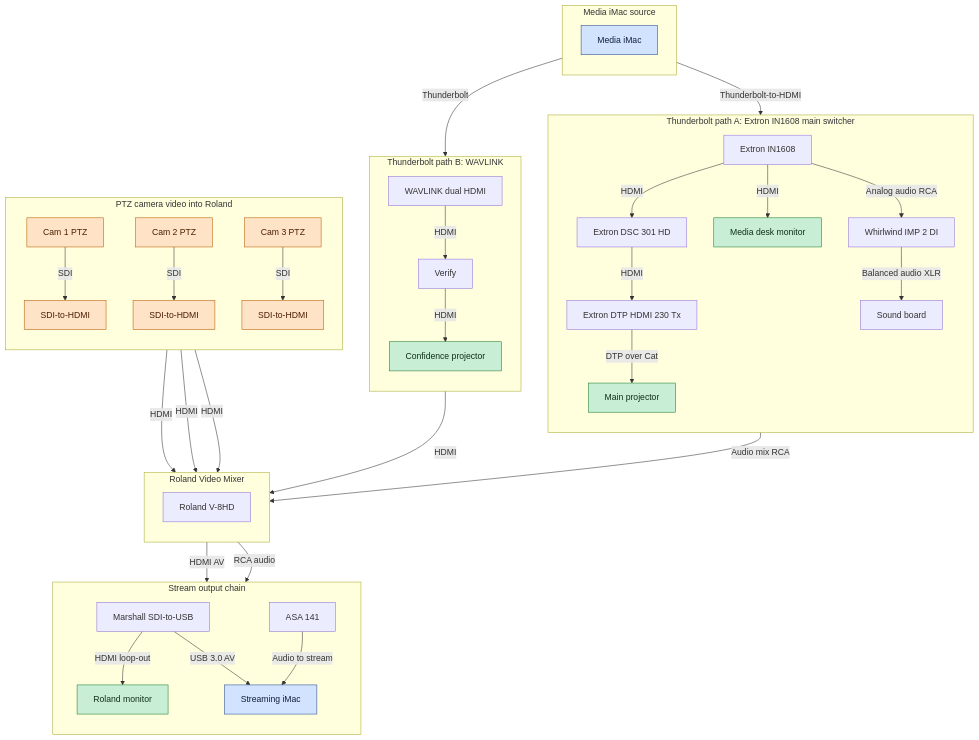
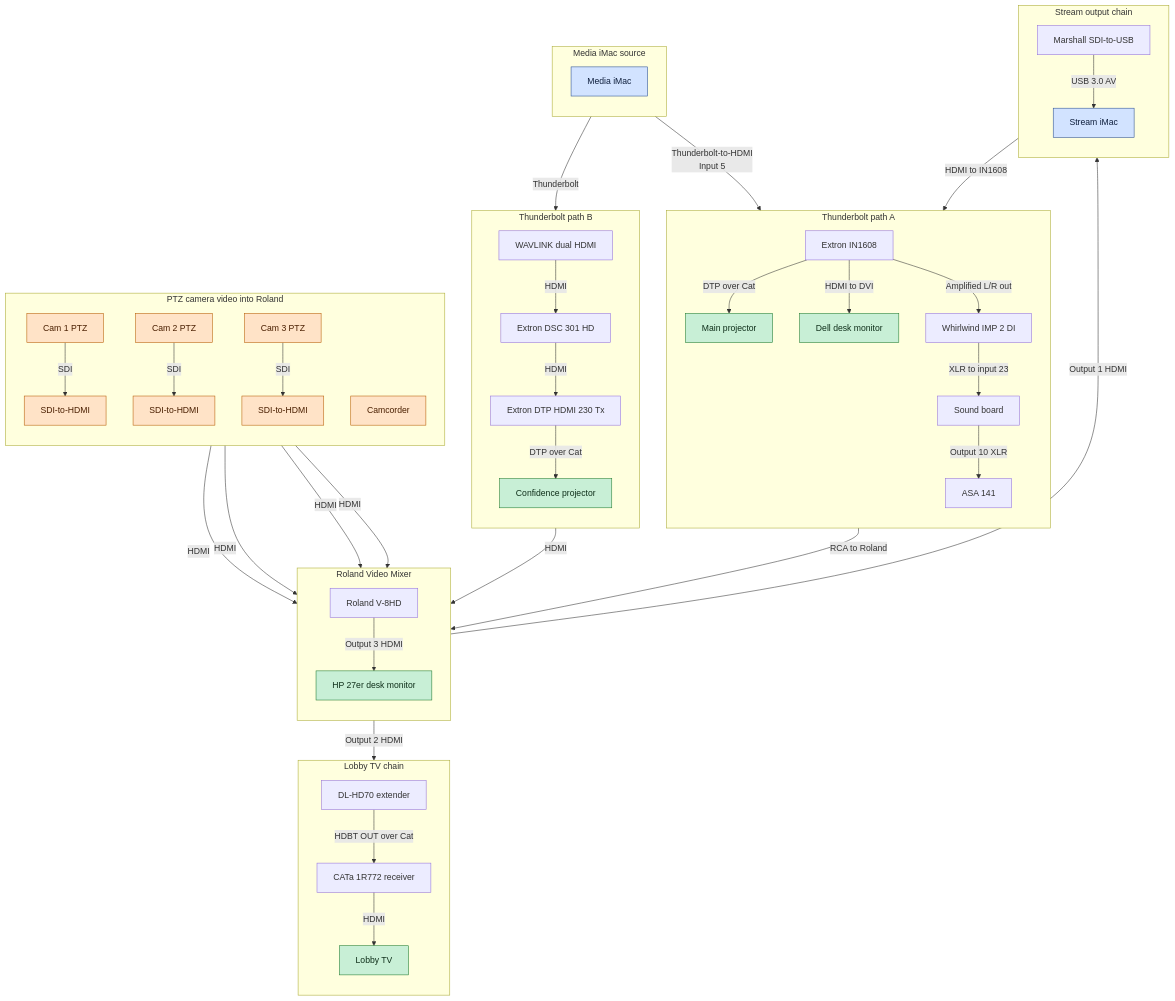
The first of 2 diagrams in docs/big-picture.md (nmummau/mjmc-tech-docs), drawn with Mermaid before and after one commit. The commit also changed other lines of this file and 5 other files, not shown here.

Commit message:
docs: cleanup after detailed audit of video/audio connections

````diff
--- a/docs/big-picture.md
+++ b/docs/big-picture.md
@@ -22,26 +22,28 @@
     subgraph ROLAND[Roland Video Mixer]
         direction TB
         RM[Roland V-8HD]
+        RMON[HP 27er desk monitor]
+        RM -->|Output 3 HDMI| RMON
     end
 
-    subgraph TB2[Thunderbolt path A: Extron IN1608 main switcher]
+    subgraph TB2[Thunderbolt path A]
         direction TB
-        MI -->|Thunderbolt-to-HDMI| SC_MAIN[Extron IN1608]
-        SC_MAIN -->|HDMI| DSC301[Extron DSC 301 HD]
-        DSC301 -->|HDMI| DTP_TX[Extron DTP HDMI 230 Tx]
-        DTP_TX -->|DTP over Cat| PJ1[Main projector]
-        SC_MAIN -->|HDMI| DESK[Media desk monitor]
-        SC_MAIN -->|Analog audio RCA| DI[Whirlwind IMP 2 DI]
-        DI -->|Balanced audio XLR| SB[Sound board]
-        SB -->|Audio mix RCA| RM
+        MI -->|Thunderbolt-to-HDMI<br/>Input 5| SC_MAIN[Extron IN1608]
+        SC_MAIN -->|DTP over Cat| PJ1[Main projector]
+        SC_MAIN -->|HDMI to DVI| DESK[Dell desk monitor]
+        SC_MAIN -->|Amplified L/R out| DI[Whirlwind IMP 2 DI]
+        DI -->|XLR to input 23| SB[Sound board]
+        SB -->|Output 10 XLR| ASA141[ASA 141]
+        ASA141 -->|RCA to Roland| RM
     end
 
-    subgraph TB1[Thunderbolt path B: WAVLINK]
+    subgraph TB1[Thunderbolt path B]
         direction TB
         MI -->|Thunderbolt| WL[WAVLINK dual HDMI]
-        WL -->|HDMI| SC_CONF[Verify]
-        SC_CONF -->|HDMI| CONF[Confidence projector]
         WL -->|HDMI| RM
+        WL -->|HDMI| DSC_CONF[Extron DSC 301 HD]
+        DSC_CONF -->|HDMI| DTP_TX[Extron DTP HDMI 230 Tx]
+        DTP_TX -->|DTP over Cat| CONF[Confidence projector]
     end
 
     subgraph CAMS[PTZ camera video into Roland]
@@ -52,25 +54,41 @@
         CAM2CVT -->|HDMI| RM
         CAM3[Cam 3 PTZ] -->|SDI| CAM3CVT[SDI-to-HDMI]
         CAM3CVT -->|HDMI| RM
+        CAM4[Camcorder] -->|HDMI| RM
     end
 
     subgraph STREAM[Stream output chain]
         direction TB
-        RM -->|HDMI AV| SDIUSB[Marshall SDI-to-USB]
-        SDIUSB -->|HDMI loop-out| RMON[Roland monitor]
-        SDIUSB -->|USB 3.0 AV| SIMAC[Streaming iMac]
-        RM -->|RCA audio| ASA141[ASA 141]
-        ASA141 -->|Audio to stream| SIMAC
+        RM -->|Output 1 HDMI| SDIUSB[Marshall SDI-to-USB]
+        SDIUSB -->|USB 3.0 AV| SIMAC[Stream iMac]
+        SDIUSB -->|HDMI to IN1608| SC_MAIN
     end
 
+    subgraph LOBBYFEED[Lobby TV chain]
+        direction TB
+        RM -->|Output 2 HDMI| DLHD70[DL-HD70 extender]
+        DLHD70 -->|HDBT OUT over Cat| CATAR[CATa 1R772 receiver]
+        CATAR -->|HDMI| LOBBY[Lobby TV]
+    end
+
+    click MI "/mjmc-tech-docs/equipment/imacs.html#media-imac" "Open Media iMac in equipment docs"
+    click SIMAC "/mjmc-tech-docs/equipment/imacs.html#stream-imac" "Open Stream iMac in equipment docs"
+    click PJ1 "/mjmc-tech-docs/equipment/projectors.html#main-projector" "Open Main Projector in equipment docs"
+    click CONF "/mjmc-tech-docs/equipment/projectors.html#confidence-projector" "Open Confidence Projector in equipment docs"
+    click RMON "/mjmc-tech-docs/equipment/worship-center-video.html#hp-27er-monitor" "Open HP 27er monitor in equipment docs"
+    click DESK "/mjmc-tech-docs/equipment/worship-center-video.html#dell-monitor" "Open Dell monitor in equipment docs"
     click WL "/mjmc-tech-docs/equipment/worship-center-video.html#wavlink-hdmi-splitter-for-dual-monitor" "Open WAVLINK in equipment docs"
     click RM "/mjmc-tech-docs/equipment/worship-center-video.html#roland-v-8hd-video-switcher" "Open Roland V-8HD details"
     click SC_MAIN "/mjmc-tech-docs/equipment/worship-center-video.html#extron-in1608" "Open Extron IN1608 details"
-    click DSC301 "/mjmc-tech-docs/equipment/worship-center-video.html#extron-dsc-301-hd" "Open Extron DSC 301 HD details"
+    click DSC_CONF "/mjmc-tech-docs/equipment/worship-center-video.html#extron-dsc-301-hd" "Open Extron DSC 301 HD details"
+    click ASA141 "/mjmc-tech-docs/equipment/worship-center-video.html#asa-141" "Open ASA 141 details"
     click DTP_TX "/mjmc-tech-docs/equipment/worship-center-video.html#extron-dtp-hdmi-230-tx" "Open Extron DTP HDMI 230 Tx details"
     click DI "/mjmc-tech-docs/equipment/worship-center-video.html#whirlwind-imp-2-direct-box" "Open Whirlwind DI details"
     click SDIUSB "/mjmc-tech-docs/equipment/worship-center-video.html#marshall-sdi-to-usb-converter" "Open Marshall SDI-to-USB details"
-    click ASA141 "/mjmc-tech-docs/equipment/worship-center-video.html#asa-141" "Open ASA 141 details"
+    click CAM1 "/mjmc-tech-docs/equipment/cameras.html#ptc-150-cameras" "Open camera wiring details"
+    click CAM2 "/mjmc-tech-docs/equipment/cameras.html#ptc-150-cameras" "Open camera wiring details"
+    click CAM3 "/mjmc-tech-docs/equipment/cameras.html#ptc-150-cameras" "Open camera wiring details"
+    click CAM4 "/mjmc-tech-docs/equipment/cameras.html#panasonic-hc-v180-camcorder" "Open camcorder details"
 
     classDef mac fill:#d2e3ff,stroke:#274b8f,stroke-width:1px,color:#0f1f3d;
     classDef display fill:#c8efd6,stroke:#1f7a2e,stroke-width:1px,color:#0f2f1a;
@@ -78,6 +96,6 @@
     classDef control fill:#f3d9ff,stroke:#8b2bb0,stroke-width:1px,color:#3c0c52;
 
     class MI,SIMAC mac;
-    class PJ1,DESK,CONF,RMON display;
-    class CAM1,CAM2,CAM3,CAM1CVT,CAM2CVT,CAM3CVT camera;
+    class PJ1,DESK,CONF,RMON,LOBBY display;
+    class CAM1,CAM2,CAM3,CAM4,CAM1CVT,CAM2CVT,CAM3CVT camera;
 ```
````
